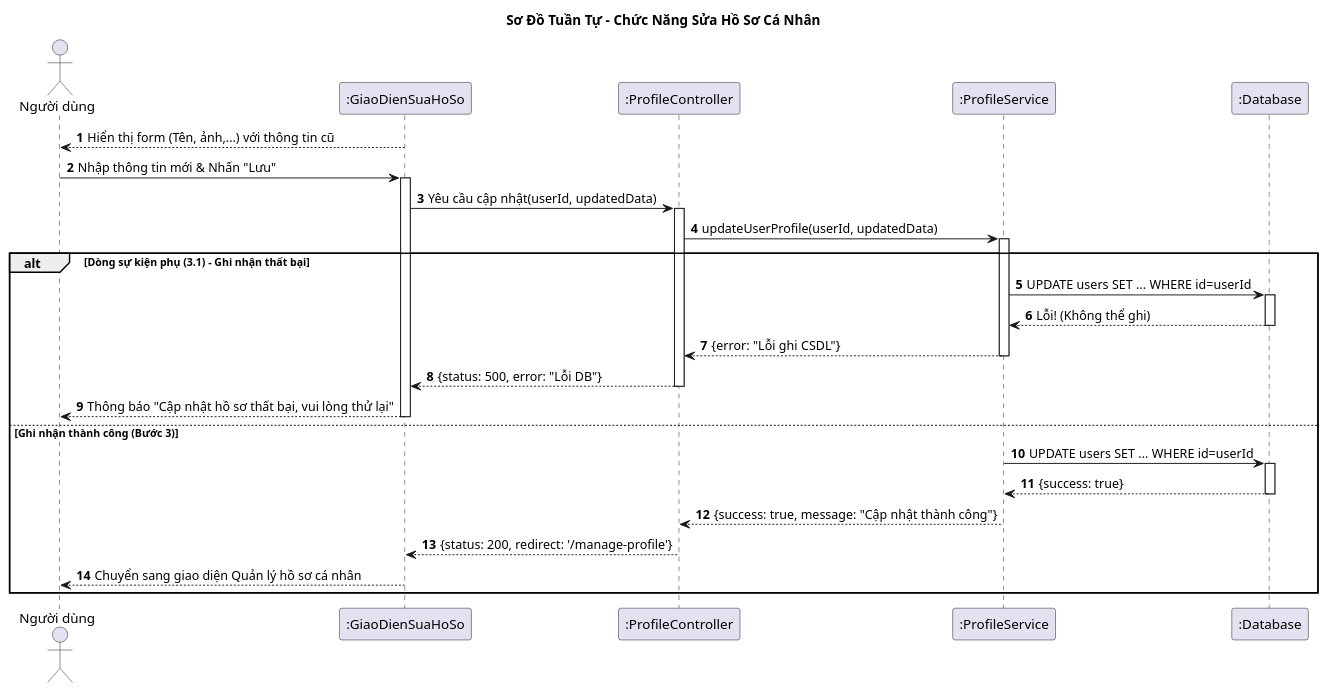
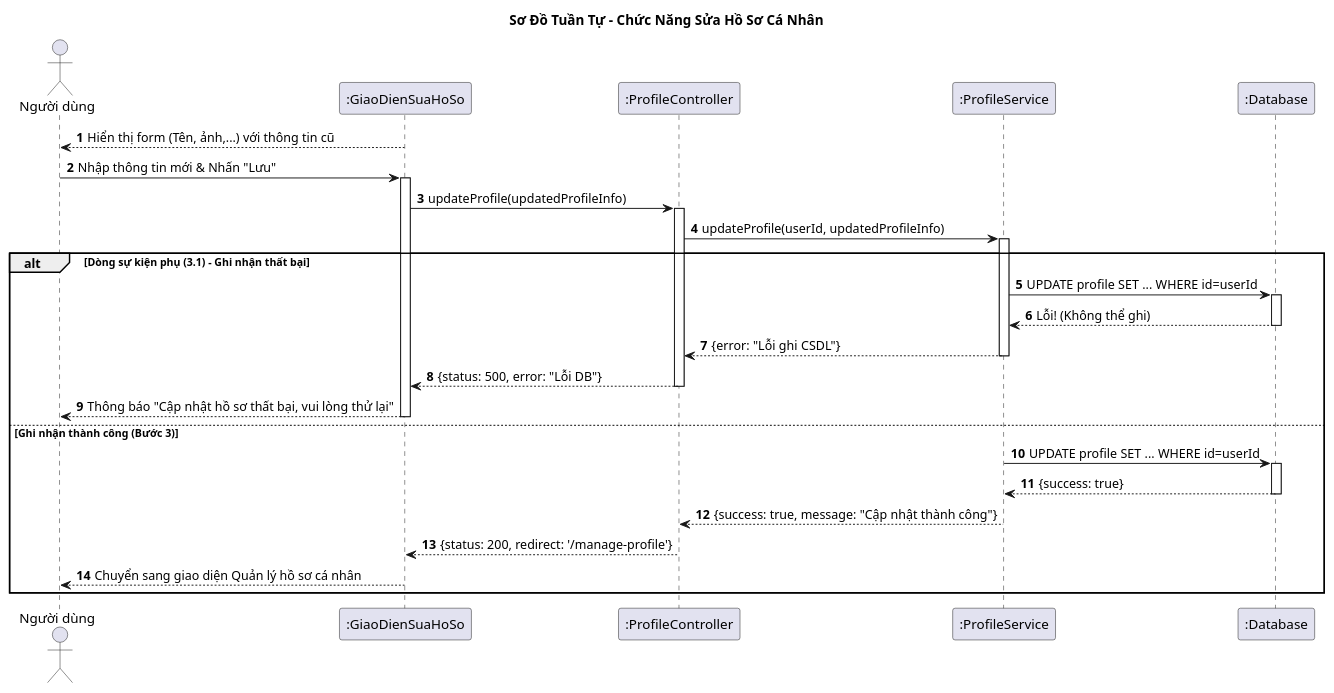
Before and after one commit to vinh047/soundwave: the diagram in Diagrams/SequenceDiagram/EditProfileSD.plantuml, drawn with PlantUML. The commit also changed 8 other files, not shown here.

Commit message:
Sửa Sequence Diagram 7 cái đầu

```diff
--- a/Diagrams/SequenceDiagram/EditProfileSD.plantuml
+++ b/Diagrams/SequenceDiagram/EditProfileSD.plantuml
@@ -1,55 +1,55 @@
 @startuml Sequence Diagram - Sửa Hồ Sơ Cá Nhân
 
 title Sơ Đồ Tuần Tự - Chức Năng Sửa Hồ Sơ Cá Nhân
 
 actor "Người dùng" as User
 participant ":GiaoDienSuaHoSo" as UI
 participant ":ProfileController" as Controller
 participant ":ProfileService" as Service
 participant ":Database" as DB
 
 autonumber
 
 ' === Dòng sự kiện chính (bước 1): Hiển thị form ===
 ' (Giả định user đã ở trang Sửa hồ sơ)
 UI --> User: Hiển thị form (Tên, ảnh,...) với thông tin cũ
 
 ' === Dòng sự kiện chính (bước 2): Người dùng nhấn Lưu ===
 User -> UI: Nhập thông tin mới & Nhấn "Lưu"
 activate UI
-UI -> Controller: Yêu cầu cập nhật(userId, updatedData)
+UI -> Controller: updateProfile(updatedProfileInfo)
 activate Controller
 
-Controller -> Service: updateUserProfile(userId, updatedData)
+Controller -> Service: updateProfile(userId, updatedProfileInfo)
 activate Service
 
 ' === Dòng sự kiện (bước 3) & Dòng sự kiện phụ (3.1) ===
 alt Dòng sự kiện phụ (3.1) - Ghi nhận thất bại
-    Service -> DB: UPDATE users SET ... WHERE id=userId
+    Service -> DB: UPDATE profile SET ... WHERE id=userId
     activate DB
     DB --> Service: Lỗi! (Không thể ghi)
     deactivate DB
     Service --> Controller: {error: "Lỗi ghi CSDL"}
     deactivate Service
     Controller --> UI: {status: 500, error: "Lỗi DB"}
     deactivate Controller
     
     UI --> User: Thông báo "Cập nhật hồ sơ thất bại, vui lòng thử lại"
     deactivate UI
 
 else Ghi nhận thành công (Bước 3)
-    Service -> DB: UPDATE users SET ... WHERE id=userId
+    Service -> DB: UPDATE profile SET ... WHERE id=userId
     activate DB
     DB --> Service: {success: true}
     deactivate DB
     Service --> Controller: {success: true, message: "Cập nhật thành công"}
     deactivate Service
     
     ' === Dòng sự kiện chính (bước 4): Chuyển giao diện ===
     Controller --> UI: {status: 200, redirect: '/manage-profile'}
     deactivate Controller
     
     UI --> User: Chuyển sang giao diện Quản lý hồ sơ cá nhân
     deactivate UI
 end
 @enduml
```
